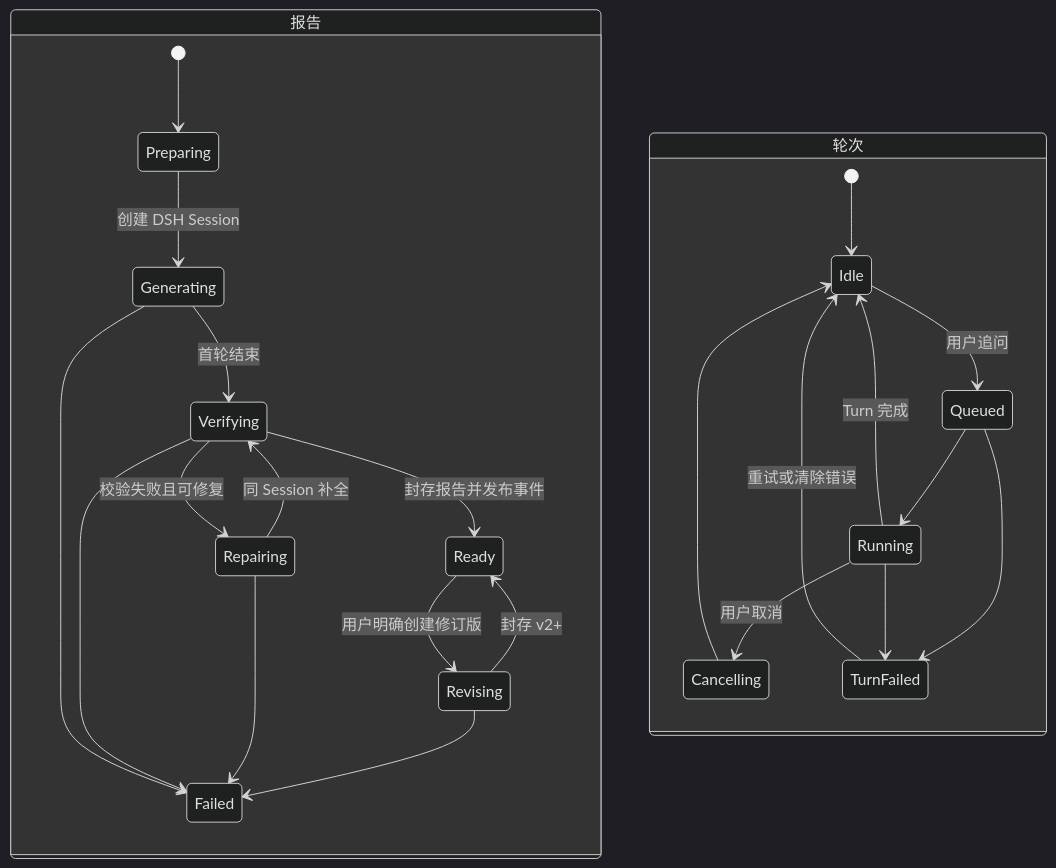
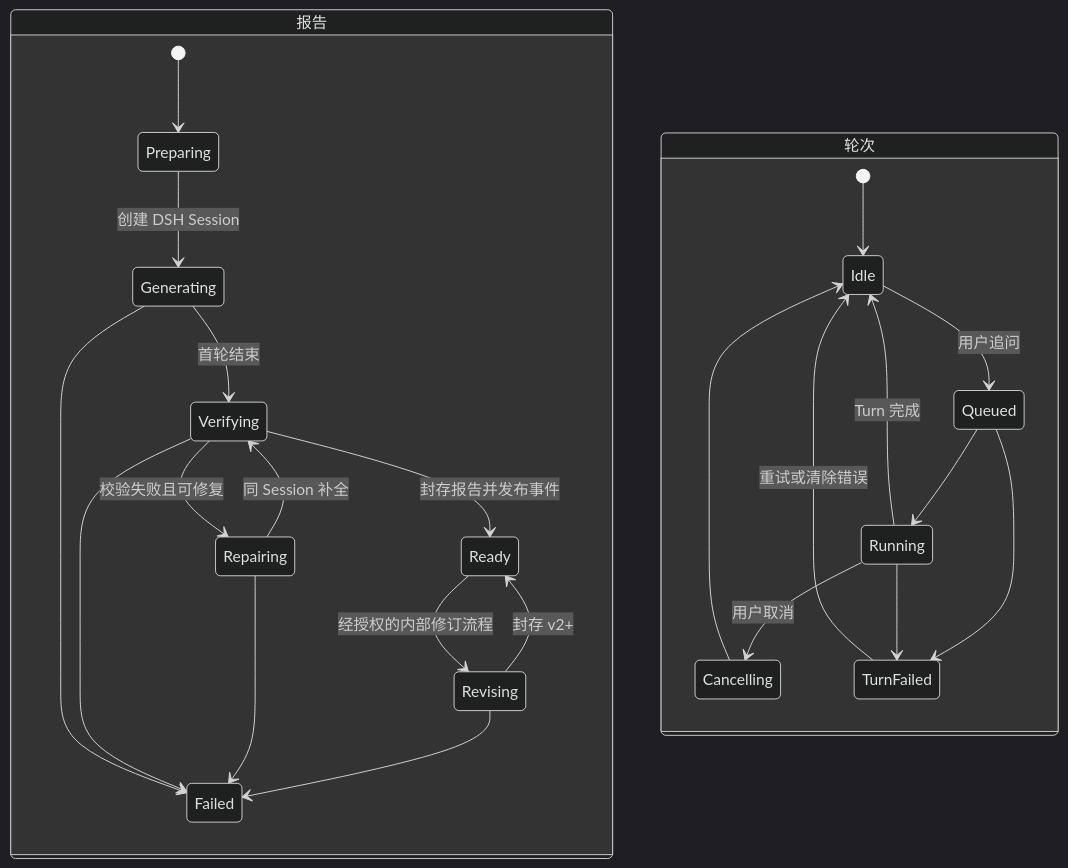
Before and after one commit to hancao97/hanai-investment-dsh: the second of 2 diagrams in docs/architecture.md, drawn with Mermaid (dark theme). The commit also changed other lines of this file and 85 other files, not shown here.

````diff
--- a/docs/architecture.md
+++ b/docs/architecture.md
@@ -233,29 +244,29 @@
 ```mermaid
 stateDiagram-v2
     state "报告" as Report {
         [*] --> Preparing
         Preparing --> Generating: 创建 DSH Session
         Generating --> Verifying: 首轮结束
         Verifying --> Repairing: 校验失败且可修复
         Repairing --> Verifying: 同 Session 补全
         Verifying --> Ready: 封存报告并发布事件
-        Ready --> Revising: 用户明确创建修订版
+        Ready --> Revising: 经授权的内部修订流程
         Revising --> Ready: 封存 v2+
         Generating --> Failed
         Verifying --> Failed
         Repairing --> Failed
         Revising --> Failed
     }
 
     state "轮次" as Turn {
         [*] --> Idle
         Idle --> Queued: 用户追问
         Queued --> Running
         Running --> Idle: Turn 完成
         Running --> Cancelling: 用户取消
         Cancelling --> Idle
         Queued --> TurnFailed
         Running --> TurnFailed
         TurnFailed --> Idle: 重试或清除错误
     }
 ```
````
